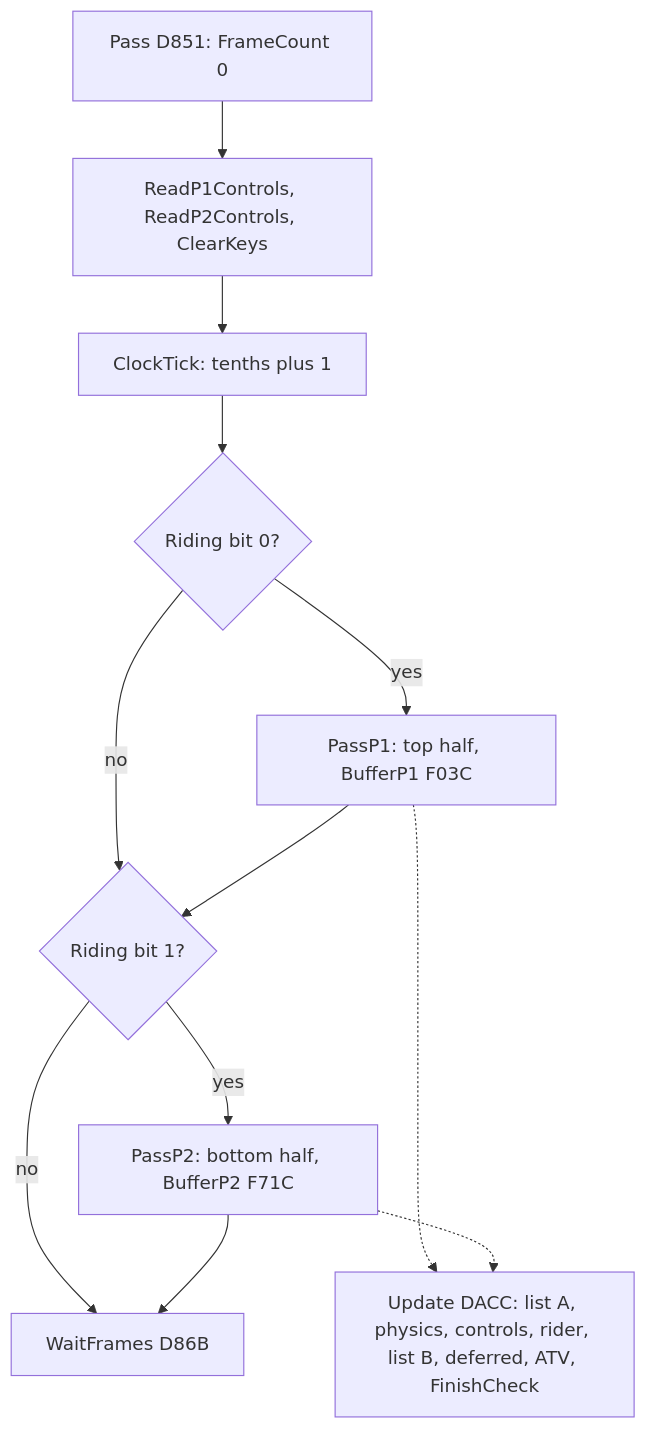
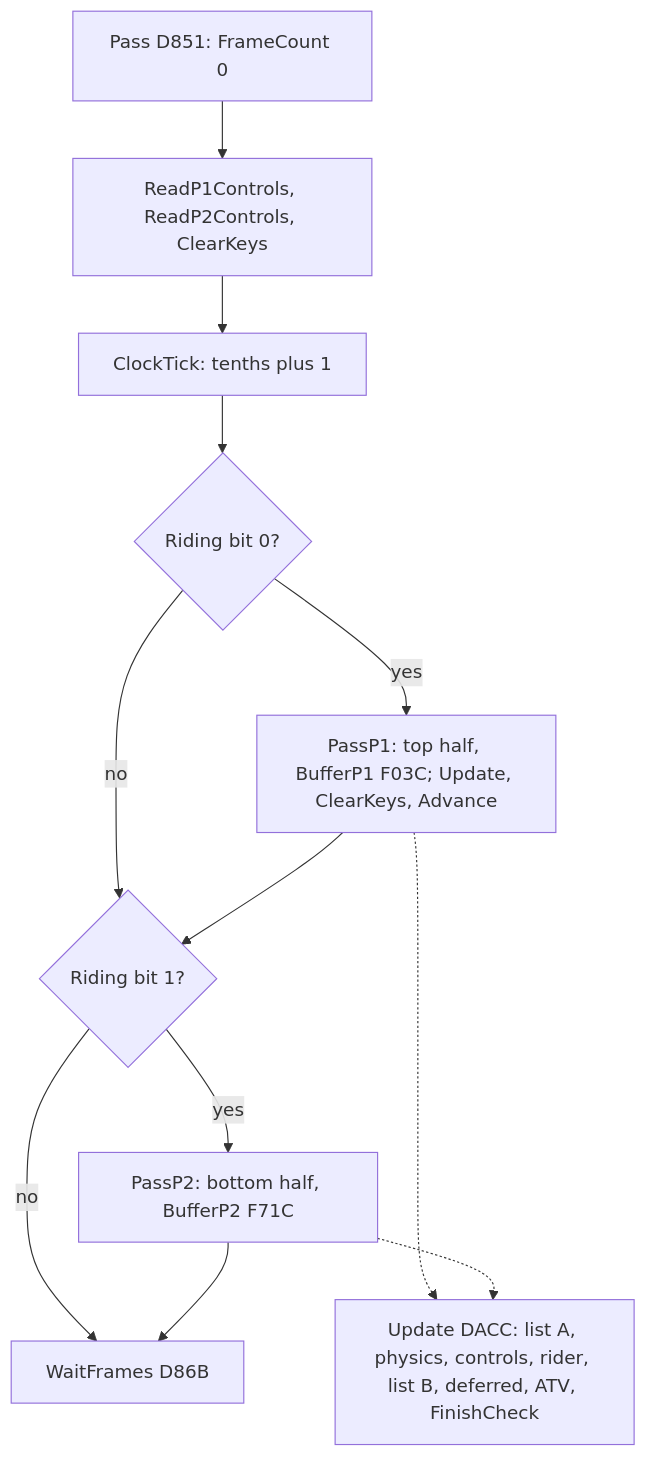
One commit to alfishe/unrealng-reverse-cases changed the fifth of 11 diagrams in games/atv-simulator/docs/04-game-loop.md. Above: the diagram before and after it, drawn with Mermaid. The commit also changed other lines of this file and 30 other files, not shown here.

````diff
--- a/games/atv-simulator/docs/04-game-loop.md
+++ b/games/atv-simulator/docs/04-game-loop.md
@@ -522,14 +537,14 @@
 ```mermaid
 flowchart TD
     A["Pass D851: FrameCount 0"] --> B["ReadP1Controls, ReadP2Controls, ClearKeys"]
     B --> C["ClockTick: tenths plus 1"]
     C --> D{"Riding bit 0?"}
-    D -- "yes" --> E["PassP1: top half, BufferP1 F03C"]
+    D -- "yes" --> E["PassP1: top half, BufferP1 F03C; Update, ClearKeys, Advance"]
     D -- "no" --> F{"Riding bit 1?"}
     E --> F
     F -- "yes" --> G["PassP2: bottom half, BufferP2 F71C"]
     F -- "no" --> H["WaitFrames D86B"]
     G --> H
     E -.-> U["Update DACC: list A, physics, controls, rider, list B, deferred, ATV, FinishCheck"]
     G -.-> U
 ```
````
